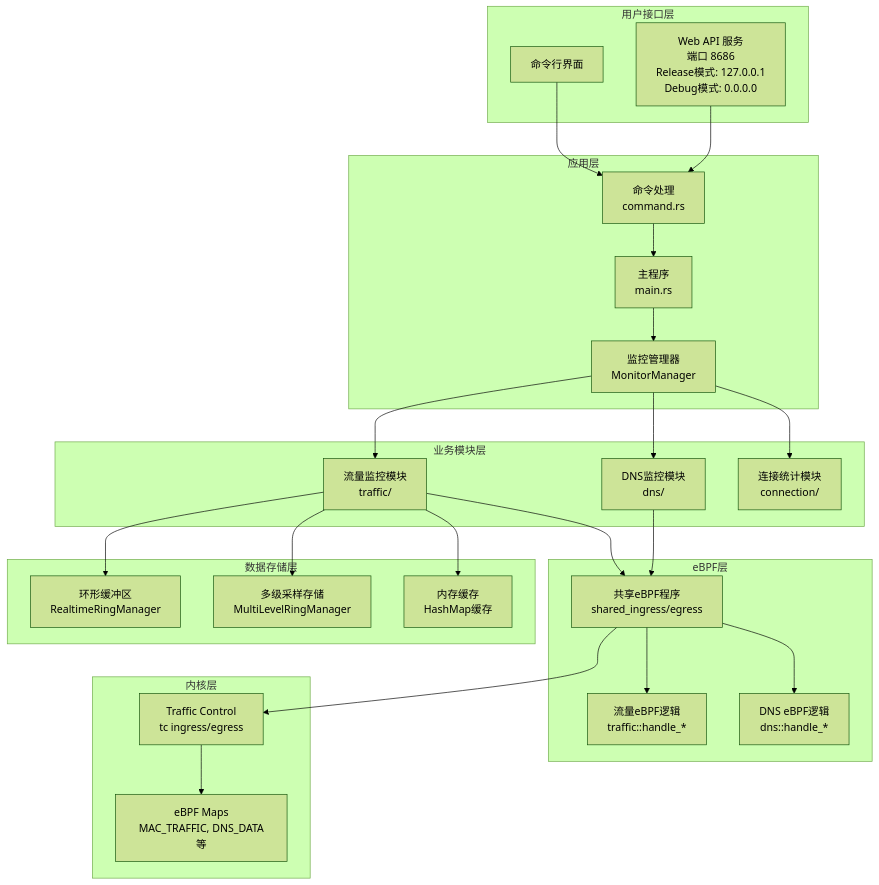
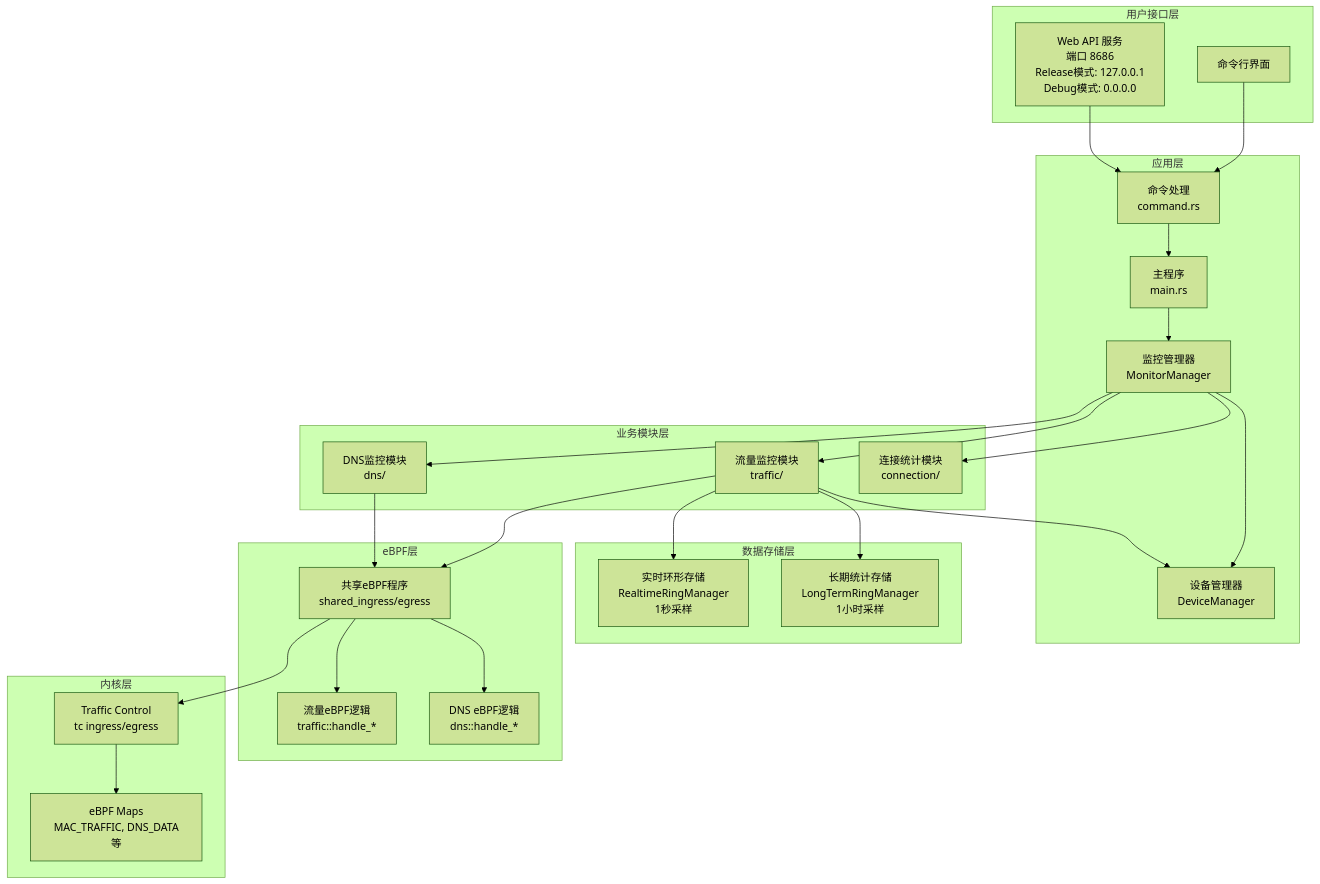
The second of 8 diagrams in luci-app-bandix/ARCHITECTURE.md (QiuSimons/OpenWrt-Add), drawn with Mermaid (forest theme) before and after one commit. The commit also changed other lines of this file and 43 other files, not shown here.

````diff
--- a/luci-app-bandix/ARCHITECTURE.md
+++ b/luci-app-bandix/ARCHITECTURE.md
@@ -104,56 +89,57 @@
 ```mermaid
 graph TB
     subgraph "用户接口层"
         CLI[命令行界面]
         WEB[Web API 服务<br/>端口 8686<br/>Release模式: 127.0.0.1<br/>Debug模式: 0.0.0.0]
     end
 
     subgraph "应用层"
         MAIN[主程序<br/>main.rs]
         CMD[命令处理<br/>command.rs]
         MONITOR[监控管理器<br/>MonitorManager]
+        DEVICE[设备管理器<br/>DeviceManager]
     end
 
     subgraph "业务模块层"
         TRAFFIC[流量监控模块<br/>traffic/]
         DNS[DNS监控模块<br/>dns/]
         CONN[连接统计模块<br/>connection/]
     end
 
     subgraph "数据存储层"
-        RING[环形缓冲区<br/>RealtimeRingManager]
-        MULTI[多级采样存储<br/>MultiLevelRingManager]
-        CACHE[内存缓存<br/>HashMap缓存]
+        REALTIME[实时环形存储<br/>RealtimeRingManager<br/>1秒采样]
+        LONGTERM[长期统计存储<br/>LongTermRingManager<br/>1小时采样]
     end
 
     subgraph "eBPF层"
         SHARED[共享eBPF程序<br/>shared_ingress/egress]
         TRAFFIC_EBPF[流量eBPF逻辑<br/>traffic::handle_*]
         DNS_EBPF[DNS eBPF逻辑<br/>dns::handle_*]
     end
 
     subgraph "内核层"
         TC[Traffic Control<br/>tc ingress/egress]
         MAPS[eBPF Maps<br/>MAC_TRAFFIC, DNS_DATA等]
     end
 
     CLI --> CMD
     WEB --> CMD
     CMD --> MAIN
     MAIN --> MONITOR
+    MONITOR --> DEVICE
     MONITOR --> TRAFFIC
     MONITOR --> DNS
     MONITOR --> CONN
 
-    TRAFFIC --> RING
-    TRAFFIC --> MULTI
-    TRAFFIC --> CACHE
+    TRAFFIC --> REALTIME
+    TRAFFIC --> LONGTERM
+    TRAFFIC --> DEVICE
 
     TRAFFIC --> SHARED
     DNS --> SHARED
     SHARED --> TC
     TC --> MAPS
 
     SHARED --> TRAFFIC_EBPF
     SHARED --> DNS_EBPF
 ```
````
